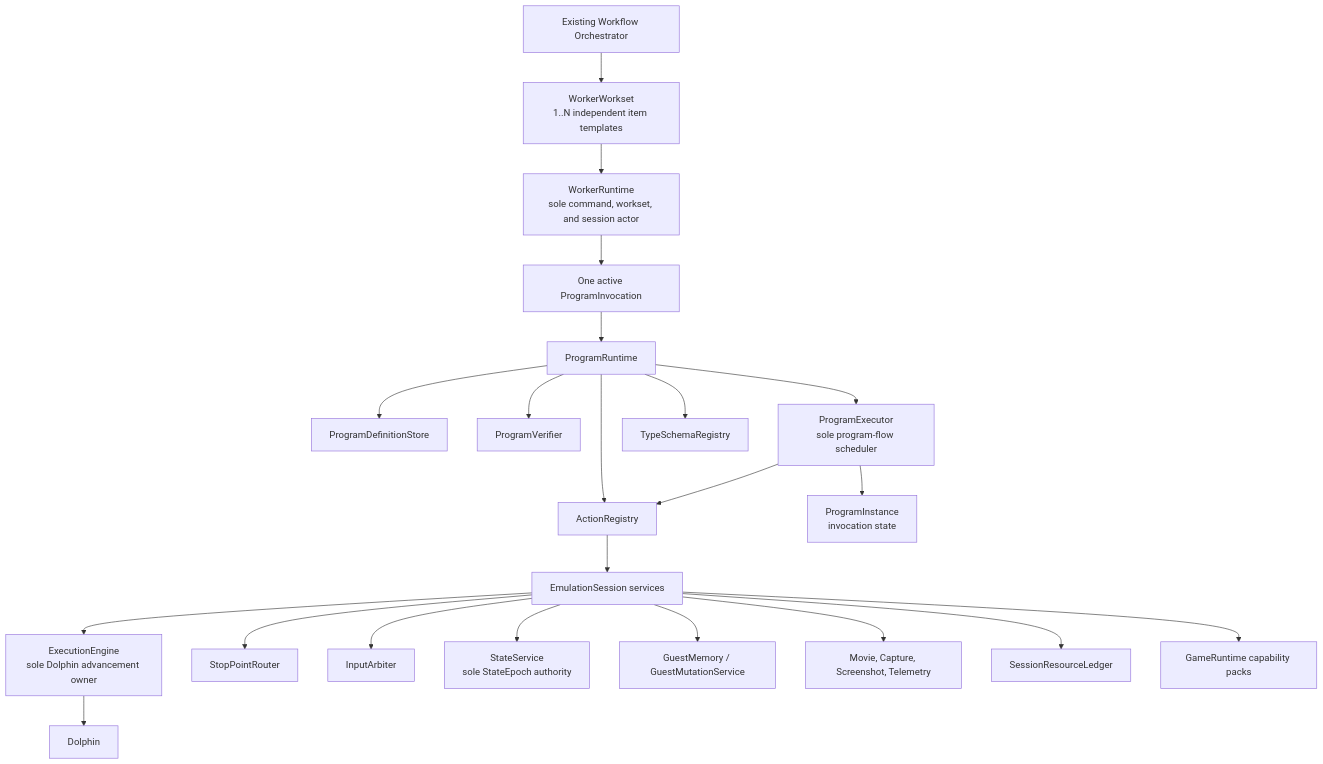
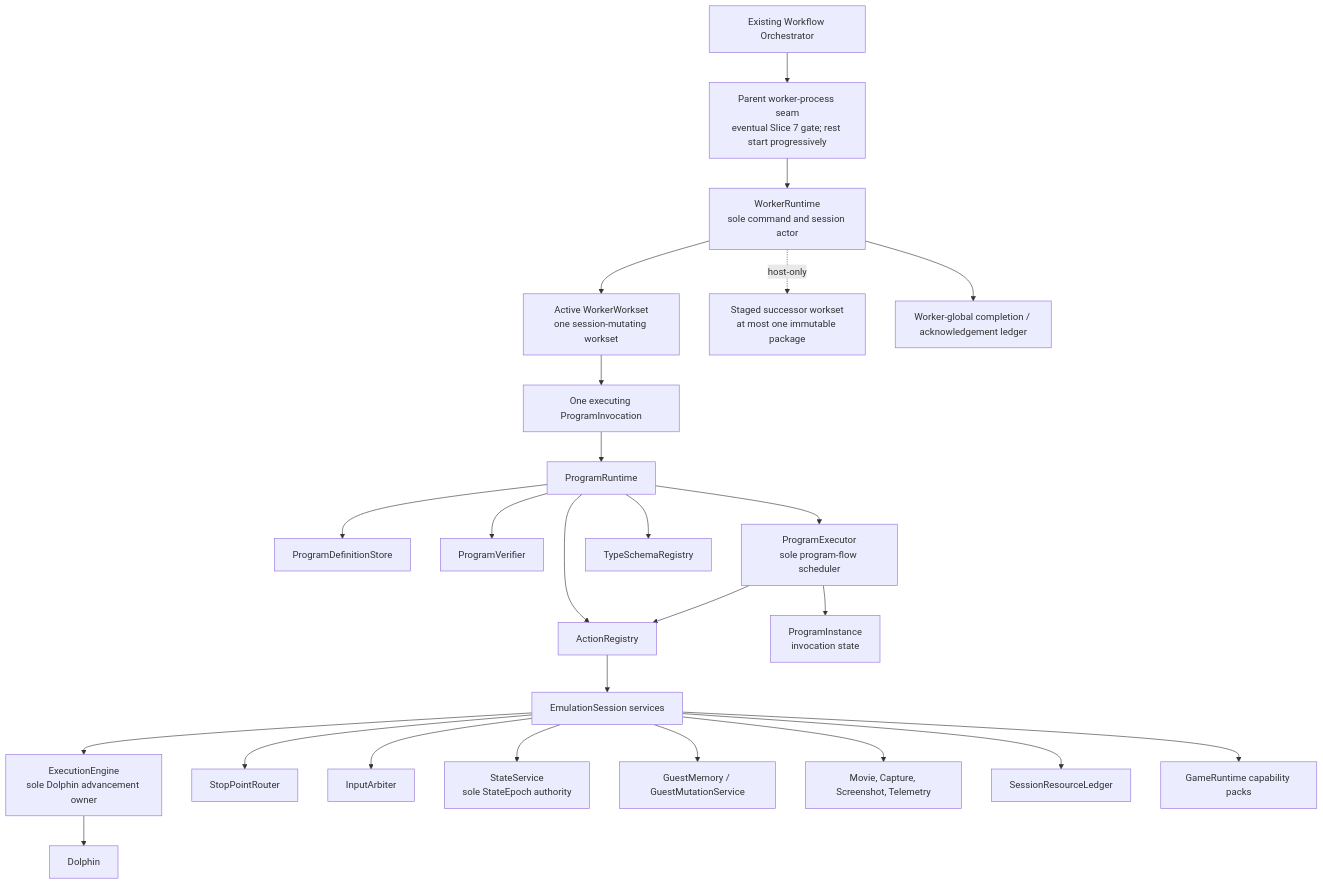
One commit to jahorta/SAVOR changed the diagram in planning/ExecutionRuntime/README.md. Above: the diagram before and after it, drawn with Mermaid. The commit also changed other lines of this file and 11 other files, not shown here.

Commit message:
Adopt pipelined workset architecture guidance

````diff
--- a/planning/ExecutionRuntime/README.md
+++ b/planning/ExecutionRuntime/README.md
@@ -125,24 +129,27 @@
 ```mermaid
 flowchart TD
-    WF["Existing Workflow Orchestrator"] --> WS["WorkerWorkset<br/>1..N independent item templates"]
-    WS --> WR["WorkerRuntime<br/>sole command, workset, and session actor"]
-    WR --> INV["One active ProgramInvocation"]
+    WF["Existing Workflow Orchestrator"] --> PS["Parent worker-process seam<br/>eventual Slice 7 gate; rest start progressively"]
+    PS --> WR["WorkerRuntime<br/>sole command and session actor"]
+    WR --> AW["Active WorkerWorkset<br/>one session-mutating workset"]
+    WR -. host-only .-> SW["Staged successor workset<br/>at most one immutable package"]
+    WR --> CL["Worker-global completion / acknowledgement ledger"]
+    AW --> INV["One executing ProgramInvocation"]
     INV --> PR["ProgramRuntime"]
     PR --> DS["ProgramDefinitionStore"]
     PR --> VF["ProgramVerifier"]
     PR --> PE["ProgramExecutor<br/>sole program-flow scheduler"]
     PR --> AR["ActionRegistry"]
     PR --> TR["TypeSchemaRegistry"]
     PE --> PI["ProgramInstance<br/>invocation state"]
     PE --> AR
     AR --> ES["EmulationSession services"]
     ES --> EE["ExecutionEngine<br/>sole Dolphin advancement owner"]
     ES --> SR["StopPointRouter"]
     ES --> IA["InputArbiter"]
     ES --> SS["StateService<br/>sole StateEpoch authority"]
     ES --> GM["GuestMemory / GuestMutationService"]
     ES --> MC["Movie, Capture, Screenshot, Telemetry"]
     ES --> RL["SessionResourceLedger"]
     ES --> GR["GameRuntime capability packs"]
     EE --> D["Dolphin"]
 ```
````
